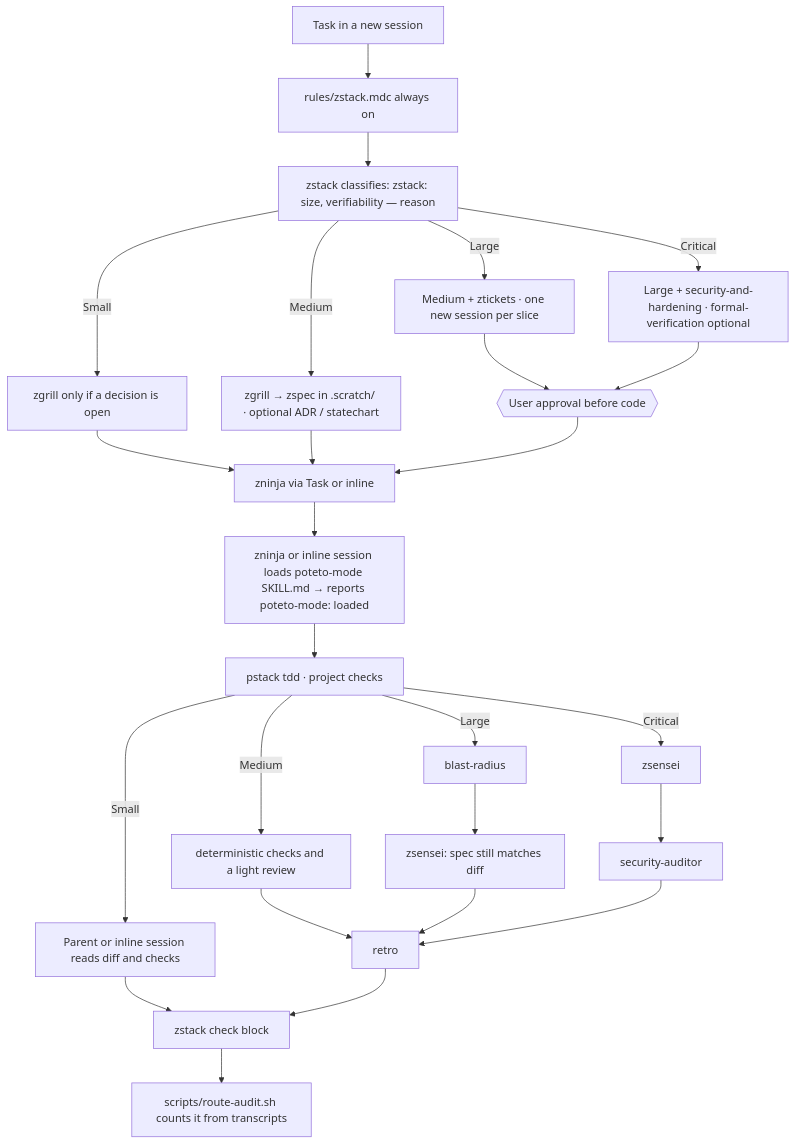
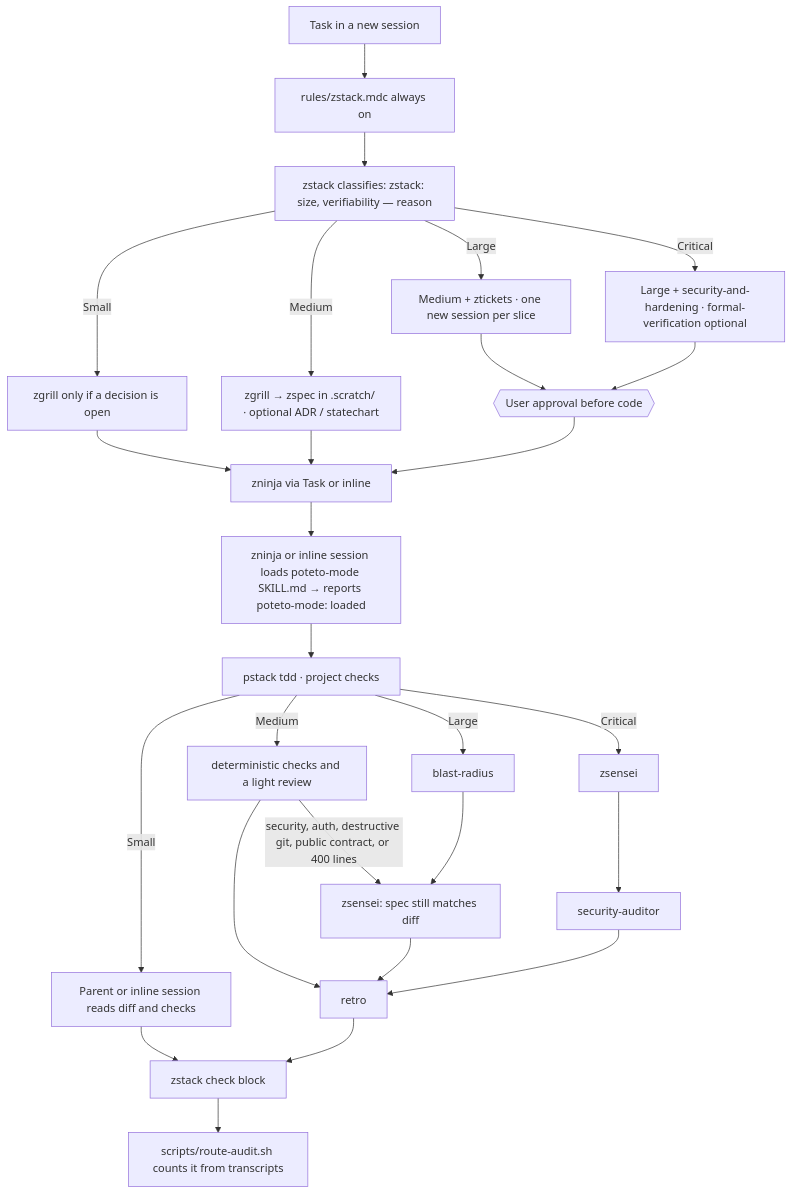
The diagram in docs/software-factory.md (Byevenes/agent-workflow), drawn with Mermaid before and after one commit. The commit also changed 12 other files, not shown here.

````diff
--- a/docs/software-factory.md
+++ b/docs/software-factory.md
@@ -5,26 +5,27 @@
 ```mermaid
 flowchart TD
   task[Task in a new session] --> rule[rules/zstack.mdc always on]
   rule --> rw[zstack classifies: zstack: size, verifiability — reason]
   rw -->|Small| sPlan[zgrill only if a decision is open]
   rw -->|Medium| mPlan[zgrill → zspec in .scratch/ · optional ADR / statechart]
   rw -->|Large| lPlan[Medium + ztickets · one new session per slice]
   rw -->|Critical| cPlan[Large + security-and-hardening · formal-verification optional]
   lPlan --> gate{{User approval before code}}
   cPlan --> gate
   sPlan --> impl
   mPlan --> impl
   gate --> impl[zninja via Task or inline]
   impl --> pm[zninja or inline session loads poteto-mode SKILL.md → reports poteto-mode: loaded]
   pm --> tdd[pstack tdd · project checks]
   tdd -->|Small| done[Parent or inline session reads diff and checks]
   tdd -->|Medium| light[deterministic checks and a light review]
+  light -->|security, auth, destructive git, public contract, or 400 lines| cr
   tdd -->|Large| br[blast-radius] --> cr[zsensei: spec still matches diff]
   tdd -->|Critical| cr2[zsensei] --> sa[security-auditor]
   light --> retro[retro]
   cr --> retro
   sa --> retro
   done --> check[zstack check block]
   retro --> check
   check --> audit[scripts/route-audit.sh counts it from transcripts]
 ```
````
